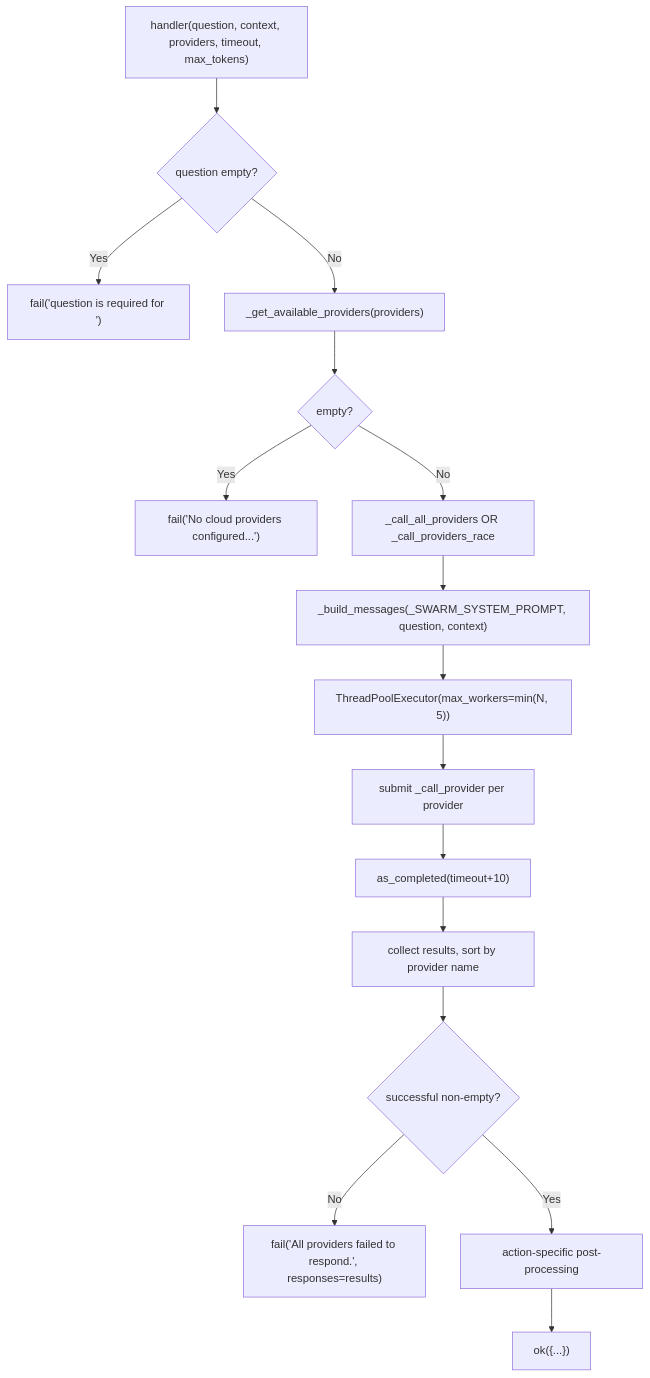
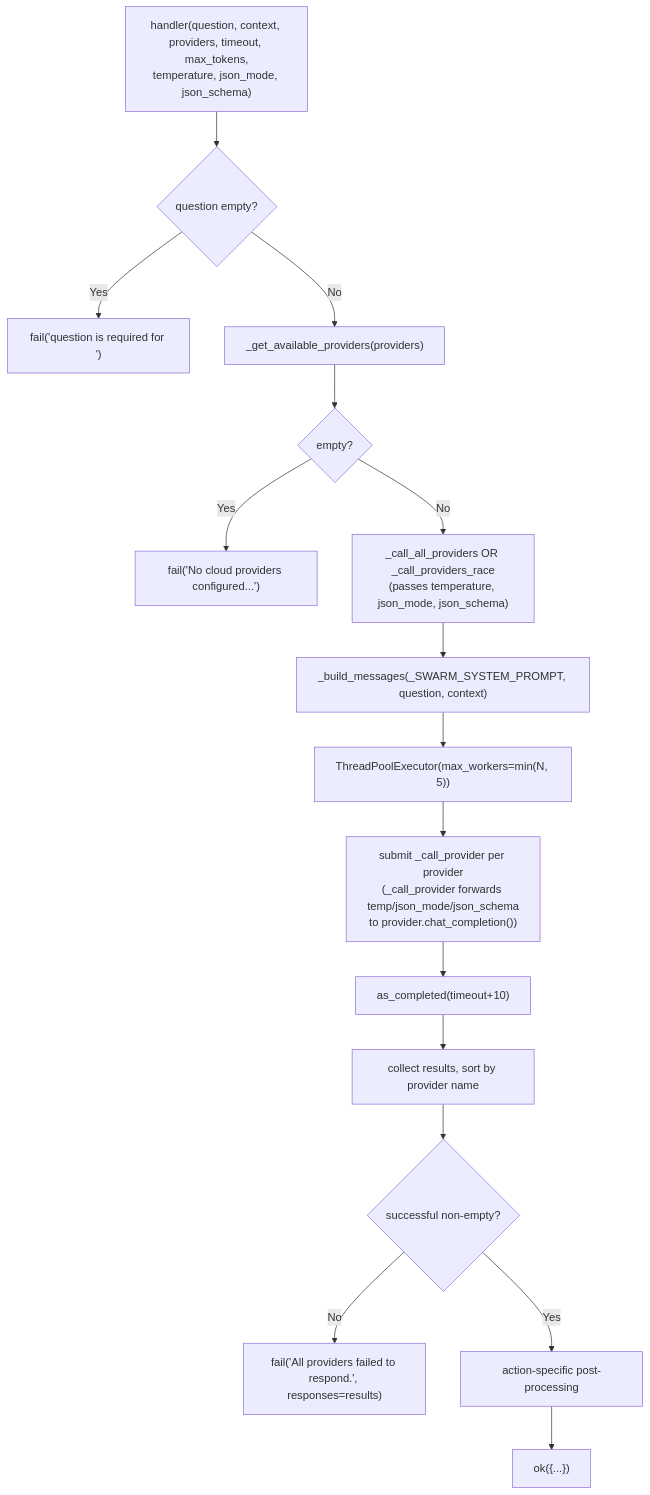
The second of 3 diagrams in docs/tools/swarm/ARCHITECTURE.md (brunogcar/agent), drawn with Mermaid before and after one commit. The commit also changed other lines of this file and 20 other files, not shown here.

First line of the commit message:
﻿feat(swarm,router): v1.1 — temperature/json_schema passthrough, router vote-based routing, autocode swarm smoke test

````diff
--- a/docs/tools/swarm/ARCHITECTURE.md
+++ b/docs/tools/swarm/ARCHITECTURE.md
@@ -74,18 +74,18 @@
 ```mermaid
 graph TD
-    A["handler(question, context, providers, timeout, max_tokens)"] --> B{"question empty?"}
+    A["handler(question, context, providers, timeout, max_tokens,<br/>temperature, json_mode, json_schema)"] --> B{"question empty?"}
     B -->|Yes| C["fail('question is required for <action>')"]
     B -->|No| D["_get_available_providers(providers)"]
     D --> E{"empty?"}
     E -->|Yes| F["fail('No cloud providers configured...')"]
-    E -->|No| G["_call_all_providers OR _call_providers_race"]
+    E -->|No| G["_call_all_providers OR _call_providers_race<br/>(passes temperature, json_mode, json_schema)"]
     G --> H["_build_messages(_SWARM_SYSTEM_PROMPT, question, context)"]
     H --> I["ThreadPoolExecutor(max_workers=min(N, 5))"]
-    I --> J["submit _call_provider per provider"]
+    I --> J["submit _call_provider per provider<br/>(_call_provider forwards temp/json_mode/json_schema<br/>to provider.chat_completion())"]
     J --> K["as_completed(timeout+10)"]
     K --> L["collect results, sort by provider name"]
     L --> M{"successful non-empty?"}
     M -->|No| N["fail('All providers failed to respond.', responses=results)"]
     M -->|Yes| O["action-specific post-processing"]
     O --> P["ok({...})"]
 ```
````
